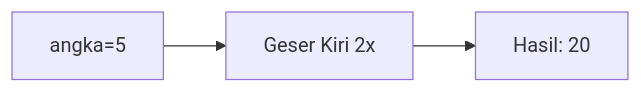
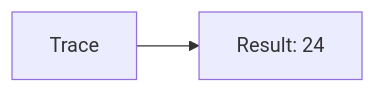
Before and after one commit to amnahwaida/OSNK_INF_PREP: the fourth of 25 diagrams in part-c-pemahaman-cpp/06-bitwise/latihan/set-03.md, drawn with Mermaid. The commit also changed other lines of this file and 71 other files, not shown here.

````diff
--- a/part-c-pemahaman-cpp/06-bitwise/latihan/set-03.md
+++ b/part-c-pemahaman-cpp/06-bitwise/latihan/set-03.md
@@ -103,5 +85,4 @@
 ```mermaid
 graph LR
-A["angka=5"] --> B["Geser Kiri 2x"]
-B --> C["Hasil: 20"]
+A[Trace] --> B[Result: 24]
 ```
````
